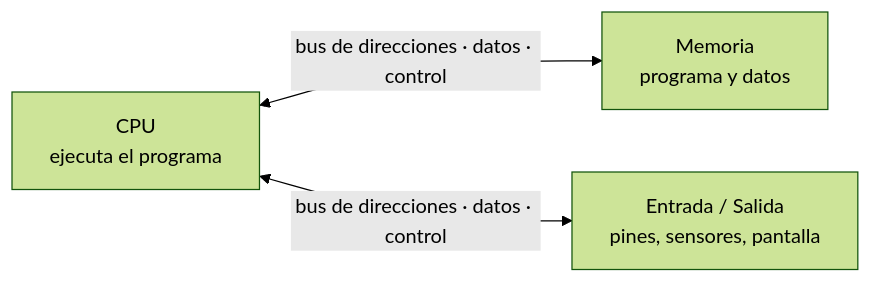
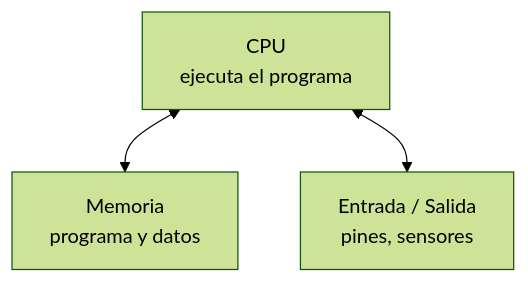
One commit to AlejandroTatum/sistemas-digitales-unl changed the fourth of 12 diagrams in unidad-1/apuntes/01-del-computador-al-microcontrolador.md. Above: the diagram before and after it, drawn with Mermaid (forest theme). The commit also changed other lines of this file and 16 other files, not shown here.

````diff
--- a/unidad-1/apuntes/01-del-computador-al-microcontrolador.md
+++ b/unidad-1/apuntes/01-del-computador-al-microcontrolador.md
@@ -46,8 +56,5 @@
 ```mermaid
-flowchart LR
-    CPU["CPU<br/>ejecuta el programa"]
-    MEM["Memoria<br/>programa y datos"]
-    ES["Entrada / Salida<br/>pines, sensores, pantalla"]
-    CPU <-->|"bus de direcciones · datos · control"| MEM
-    CPU <-->|"bus de direcciones · datos · control"| ES
+flowchart TD
+    CPU["CPU<br/>ejecuta el programa"] <--> MEM["Memoria<br/>programa y datos"]
+    CPU <--> ES["Entrada / Salida<br/>pines, sensores"]
 ```
````
